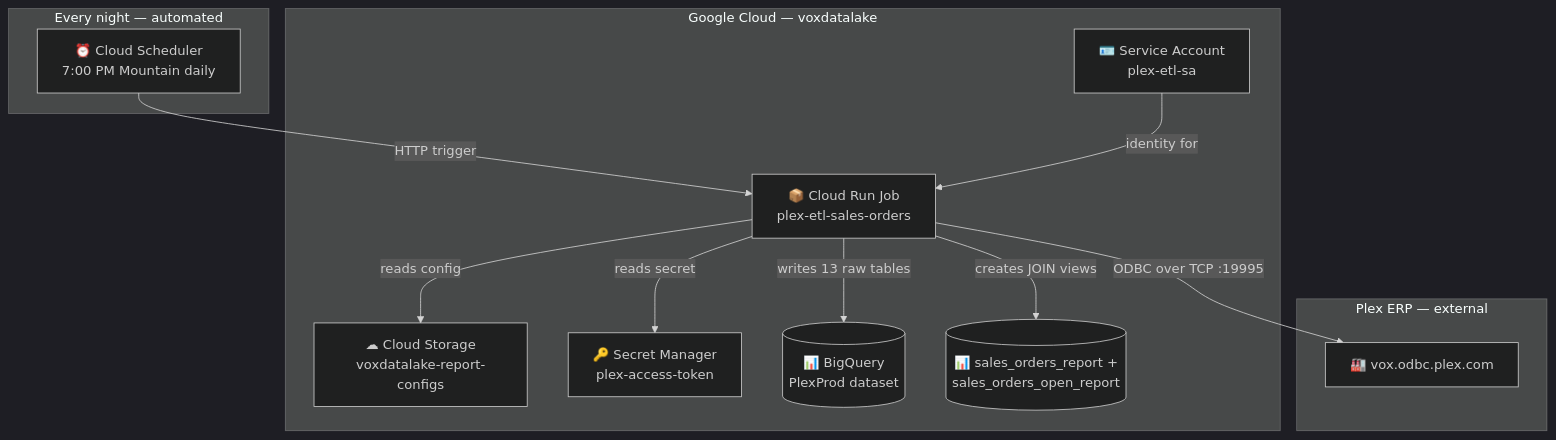
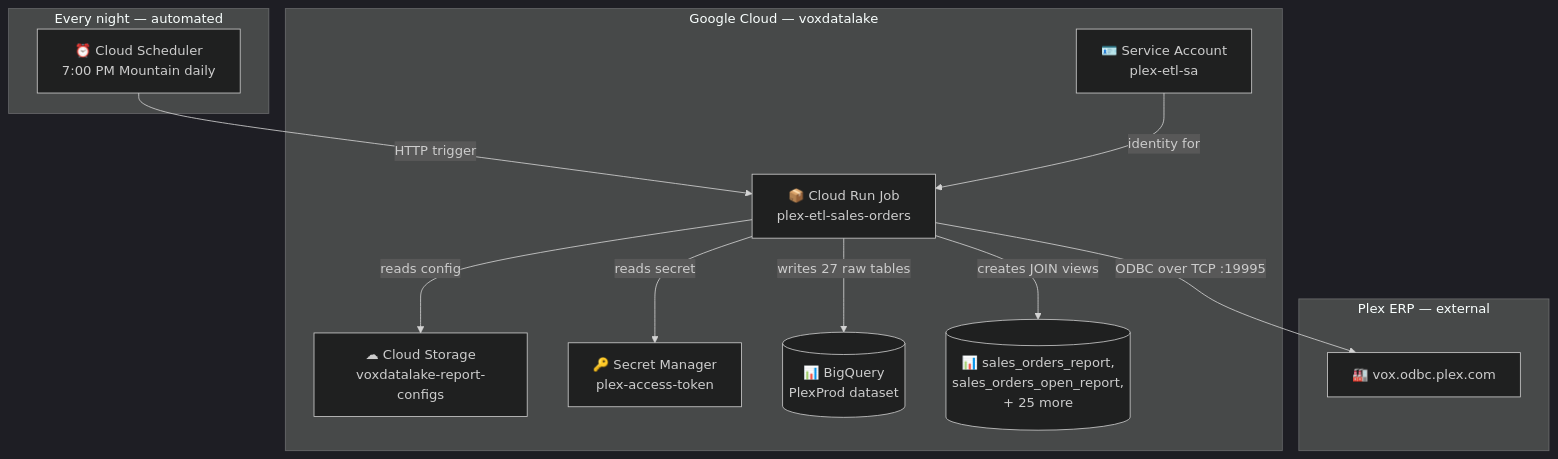
The first of 5 diagrams in docs/FRONTEND_GUIDE.md (Parasol-Group-Inc/plex-to-big-query), drawn with Mermaid (dark theme) before and after one commit. The commit also changed other lines of this file and 39 other files, not shown here.

First line of the commit message:
docs: every engineering guide reviewed for the new workflow; no more prod-path copies; tfvars example fixed

````diff
--- a/docs/FRONTEND_GUIDE.md
+++ b/docs/FRONTEND_GUIDE.md
@@ -19,19 +21,19 @@
 ```mermaid
 graph TD
     subgraph "Every night — automated"
         CS[⏰ Cloud Scheduler\n7:00 PM Mountain daily]
     end
 
     subgraph "Google Cloud — voxdatalake"
         CS -->|HTTP trigger| CRJ[📦 Cloud Run Job\nplex-etl-sales-orders]
         CRJ -->|reads config| GCS[☁ Cloud Storage\nvoxdatalake-report-configs]
         CRJ -->|reads secret| SM[🔑 Secret Manager\nplex-access-token]
         SA[🪪 Service Account\nplex-etl-sa] -->|identity for| CRJ
-        CRJ -->|writes 13 raw tables| BQ[(📊 BigQuery\nPlexProd dataset)]
-        CRJ -->|creates JOIN views| VIEW[(📊 sales_orders_report +\nsales_orders_open_report)]
+        CRJ -->|writes 27 raw tables| BQ[(📊 BigQuery\nPlexProd dataset)]
+        CRJ -->|creates JOIN views| VIEW[(📊 sales_orders_report,\nsales_orders_open_report,\n+ 25 more)]
     end
 
     subgraph "Plex ERP — external"
         CRJ -->|ODBC over TCP :19995| PLEX[🏭 vox.odbc.plex.com]
     end
 ```
````
